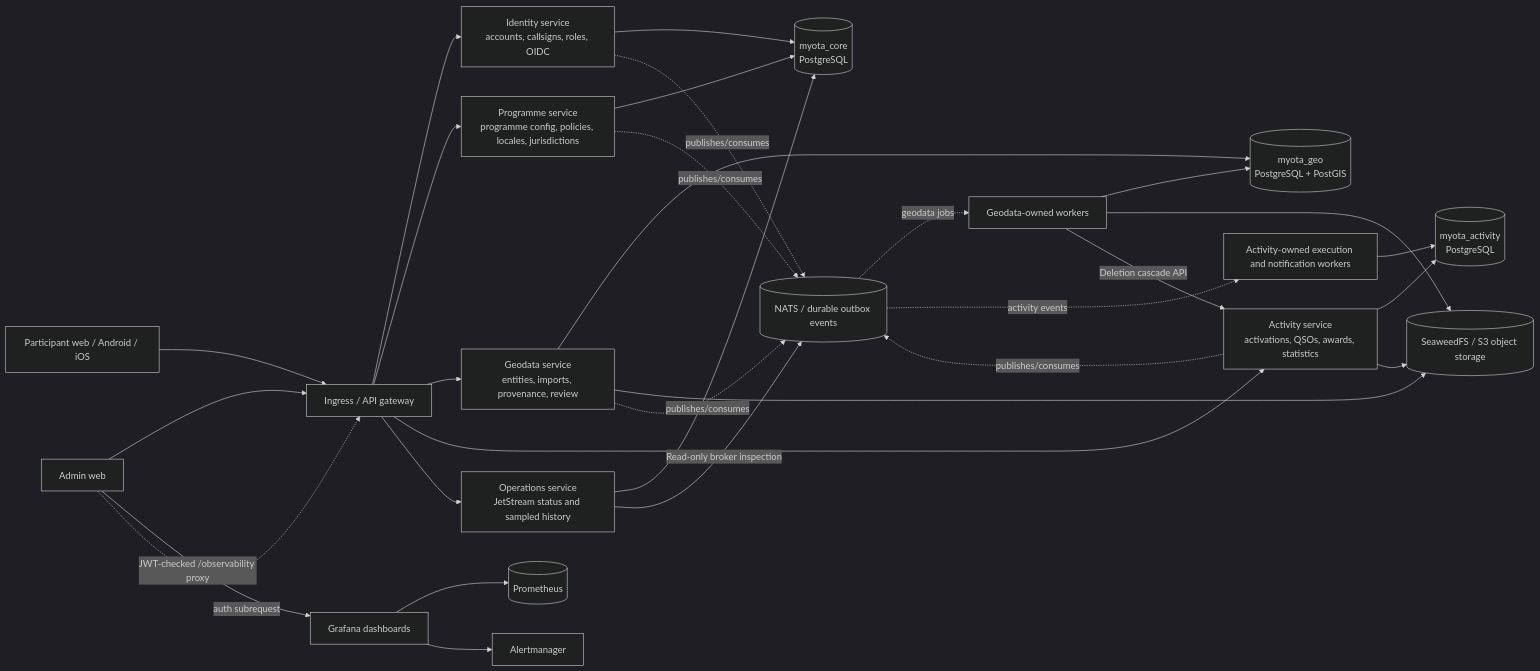
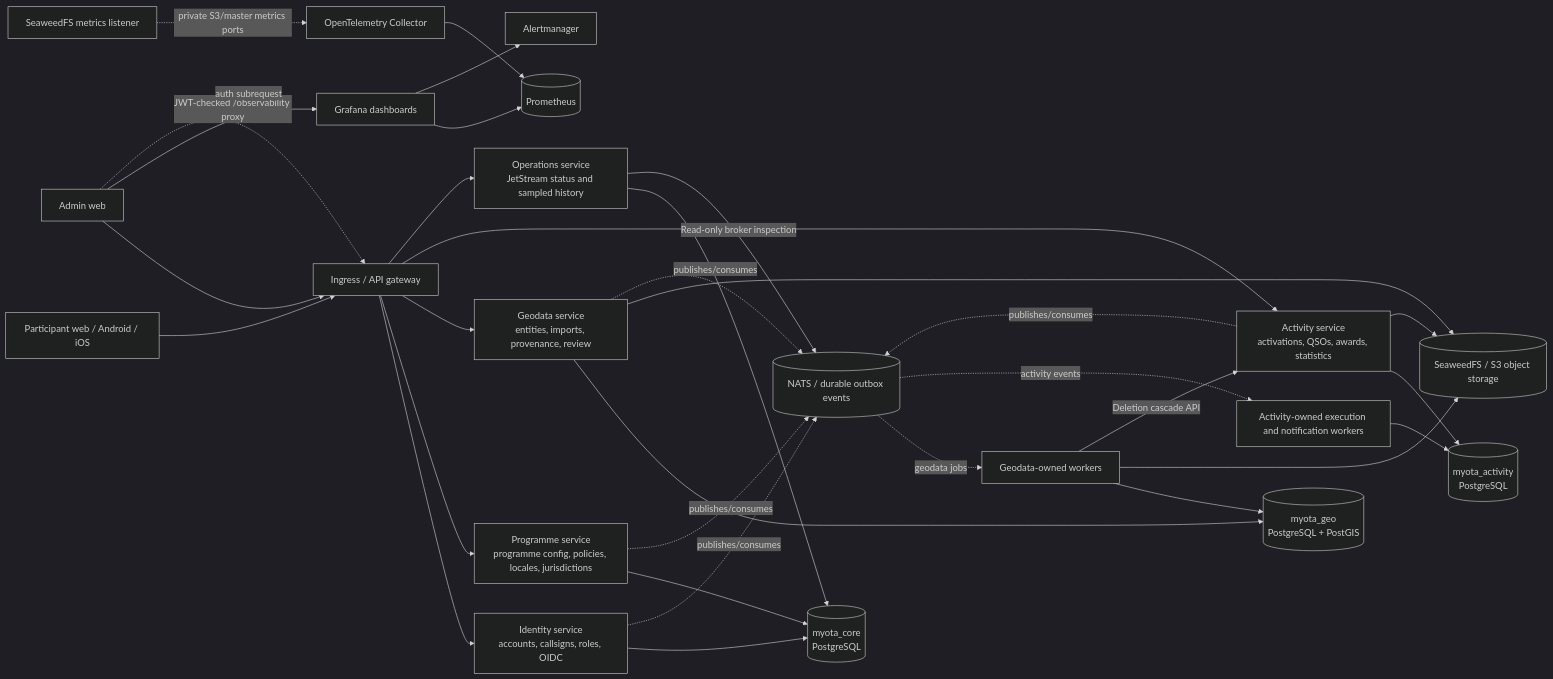
One commit to myota-platform/myota-docs changed the first of 2 diagrams in docs/diagrams/service-boundaries.md. Above: the diagram before and after it, drawn with Mermaid (dark theme). The commit also changed other lines of this file and 5 other files, not shown here.

````diff
--- a/docs/diagrams/service-boundaries.md
+++ b/docs/diagrams/service-boundaries.md
@@ -8,46 +8,50 @@
 ```mermaid
 flowchart LR
   Participant[Participant web / Android / iOS]
   Admin[Admin web]
   Grafana[Grafana dashboards]
   Prometheus[(Prometheus)]
   Alertmanager[Alertmanager]
   Gateway[Ingress / API gateway]
   Events[(NATS / durable outbox events)]
   Core[(myota_core\nPostgreSQL)]
   ActivityDB[(myota_activity\nPostgreSQL)]
   GeoDB[(myota_geo\nPostgreSQL + PostGIS)]
   Objects[(SeaweedFS / S3 object storage)]
+  SeaweedMetrics[SeaweedFS metrics listener]
+  Collector[OpenTelemetry Collector]
 
   Participant --> Gateway
   Admin --> Gateway
   Admin -->|JWT-checked /observability proxy| Grafana
   Admin -. auth subrequest .-> Gateway
   Grafana --> Prometheus
   Grafana --> Alertmanager
   Gateway --> Identity[Identity service\naccounts, callsigns, roles, OIDC]
   Gateway --> Programme[Programme service\nprogramme config, policies, locales, jurisdictions]
   Gateway --> Geodata[Geodata service\nentities, imports, provenance, review]
   Gateway --> Activity[Activity service\nactivations, QSOs, awards, statistics]
   Gateway --> Operations[Operations service\nJetStream status and sampled history]
 
   Identity --> Core
   Programme --> Core
   Operations --> Core
   Operations -->|Read-only broker inspection| Events
   Geodata --> GeoDB
   Activity --> ActivityDB
   Geodata --> Objects
   Activity --> Objects
+  SeaweedMetrics -. private S3/master metrics ports .-> Collector
+  Collector --> Prometheus
 
   Identity -. publishes/consumes .-> Events
   Programme -. publishes/consumes .-> Events
   Geodata -. publishes/consumes .-> Events
   Activity -. publishes/consumes .-> Events
   Events -. geodata jobs .-> GeoWorkers[Geodata-owned workers]
   GeoWorkers --> GeoDB
   GeoWorkers --> Objects
   GeoWorkers -->|Deletion cascade API| Activity
   ActivityWorkers[Activity-owned execution and notification workers] --> ActivityDB
   Events -. activity events .-> ActivityWorkers
 ```
````
